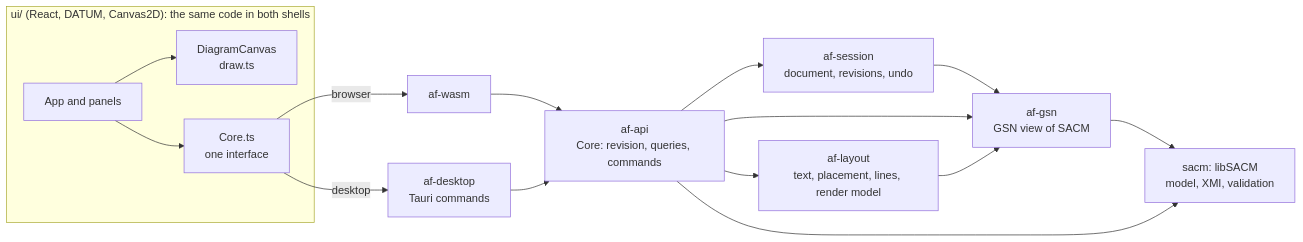
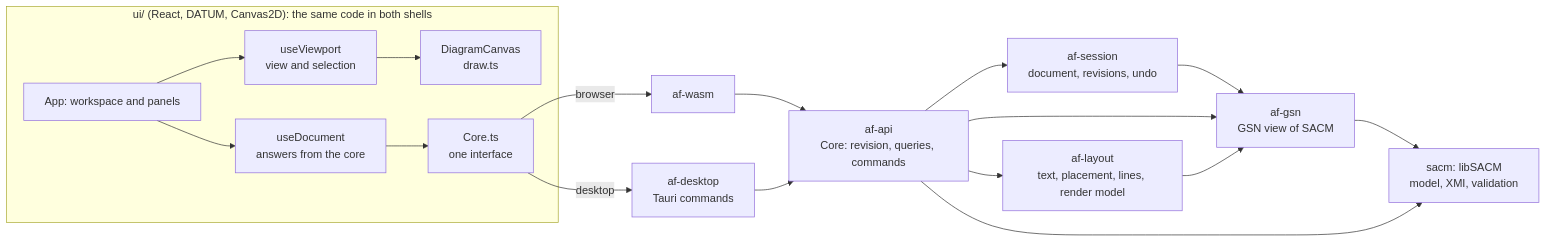
The first of 3 diagrams in ARCHITECTURE.md (lasrod/assurance-forge), drawn with Mermaid before and after one commit. The commit also changed other lines of this file and 5 other files, not shown here.

First line of the commit message:
Take the document's answers and the canvas's view out of App.tsx

````diff
--- a/ARCHITECTURE.md
+++ b/ARCHITECTURE.md
@@ -36,18 +36,20 @@
 ```mermaid
 flowchart LR
     subgraph frontend["ui/ (React, DATUM, Canvas2D): the same code in both shells"]
-        app[App and panels] --> canvas[DiagramCanvas<br/>draw.ts]
-        app --> core[Core.ts<br/>one interface]
+        app[App: workspace and panels] --> view[useViewport<br/>view and selection]
+        app --> doc[useDocument<br/>answers from the core]
+        view --> canvas[DiagramCanvas<br/>draw.ts]
+        doc --> core[Core.ts<br/>one interface]
     end
     core -->|browser| wasm[af-wasm]
     core -->|desktop| desktop[af-desktop<br/>Tauri commands]
     wasm --> api[af-api<br/>Core: revision, queries, commands]
     desktop --> api
     api --> session[af-session<br/>document, revisions, undo]
     session --> gsn
     api --> layout[af-layout<br/>text, placement, lines, render model]
     api --> gsn[af-gsn<br/>GSN view of SACM]
     layout --> gsn
     gsn --> sacm[sacm: libSACM<br/>model, XMI, validation]
     api --> sacm
 ```
````
